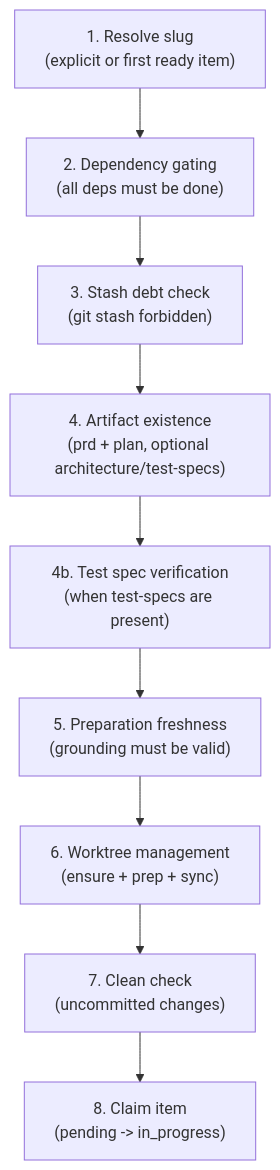
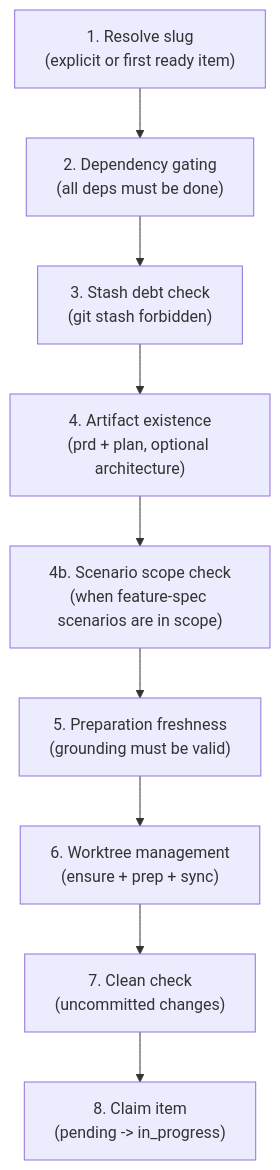
One commit to InstruktAI/TeleClaude changed the third of 5 diagrams in docs/project/design/architecture/work-state-machine.md. Above: the diagram before and after it, drawn with Mermaid. The commit also changed other lines of this file and 32 other files, not shown here.

First line of the commit message:
feat(retire-test-specs-artifact): retire the legacy test-specs artifact

````diff
--- a/docs/project/design/architecture/work-state-machine.md
+++ b/docs/project/design/architecture/work-state-machine.md
@@ -166,14 +165,14 @@
 ```mermaid
 flowchart TD
     P1["1. Resolve slug<br/>(explicit or first ready item)"]
     P2["2. Dependency gating<br/>(all deps must be done)"]
     P3["3. Stash debt check<br/>(git stash forbidden)"]
-    P4["4. Artifact existence<br/>(prd + plan, optional architecture/test-specs)"]
-    P4b["4b. Test spec verification<br/>(when test-specs are present)"]
+    P4["4. Artifact existence<br/>(prd + plan, optional architecture)"]
+    P4b["4b. Scenario scope check<br/>(when feature-spec scenarios are in scope)"]
     P5["5. Preparation freshness<br/>(grounding must be valid)"]
     P6["6. Worktree management<br/>(ensure + prep + sync)"]
     P7["7. Clean check<br/>(uncommitted changes)"]
     P8["8. Claim item<br/>(pending -> in_progress)"]
 
     P1 --> P2 --> P3 --> P4 --> P4b --> P5 --> P6 --> P7 --> P8
 ```
````
